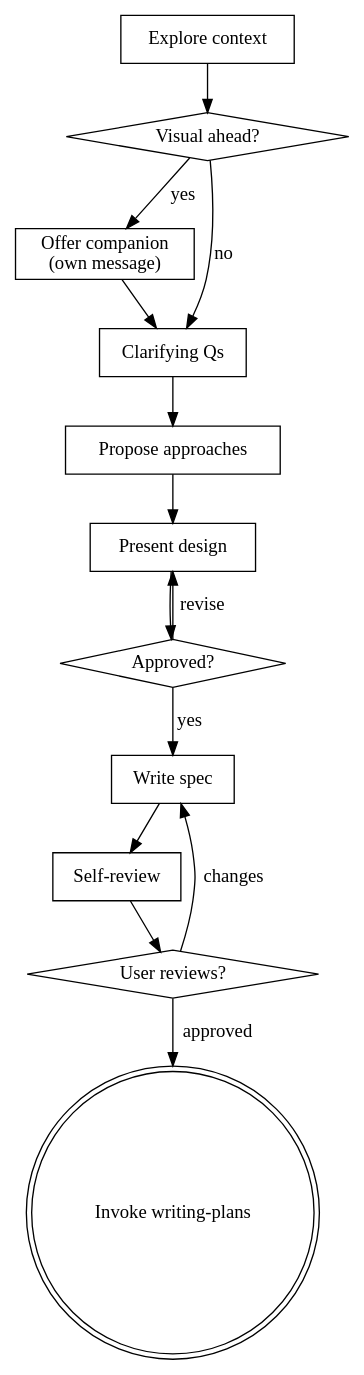
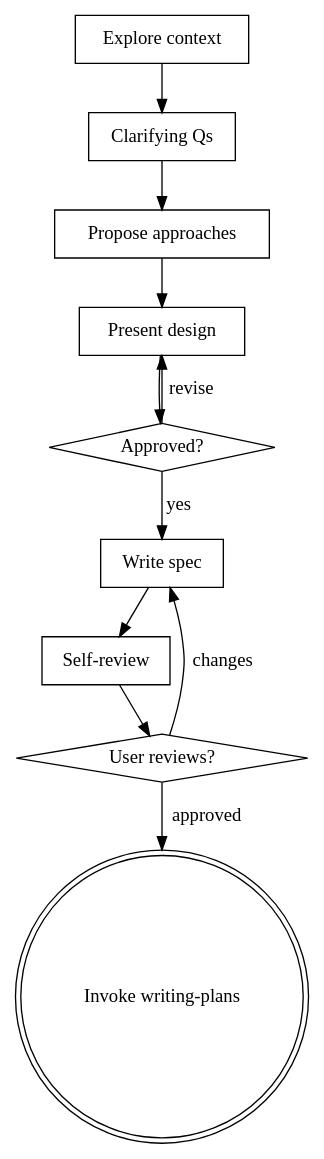
One commit to brandonfla/bearpaws changed the diagram in skills/brainstorming/SKILL.md. Above: the diagram before and after it, drawn with Graphviz. The commit also changed other lines of this file and 112 other files, not shown here.

````diff
--- a/skills/brainstorming/SKILL.md
+++ b/skills/brainstorming/SKILL.md
@@ -40,29 +39,24 @@
     ```dot
     digraph brainstorming {
       "Explore context" [shape=box];
-      "Visual ahead?" [shape=diamond];
-      "Offer companion\n(own message)" [shape=box];
       "Clarifying Qs" [shape=box];
       "Propose approaches" [shape=box];
       "Present design" [shape=box];
       "Approved?" [shape=diamond];
       "Write spec" [shape=box];
       "Self-review" [shape=box];
       "User reviews?" [shape=diamond];
       "Invoke writing-plans" [shape=doublecircle];
 
-      "Explore context" -> "Visual ahead?";
-      "Visual ahead?" -> "Offer companion\n(own message)" [label="yes"];
-      "Visual ahead?" -> "Clarifying Qs" [label="no"];
-      "Offer companion\n(own message)" -> "Clarifying Qs";
+      "Explore context" -> "Clarifying Qs";
       "Clarifying Qs" -> "Propose approaches";
       "Propose approaches" -> "Present design";
       "Present design" -> "Approved?";
       "Approved?" -> "Present design" [label="revise"];
       "Approved?" -> "Write spec" [label="yes"];
       "Write spec" -> "Self-review";
       "Self-review" -> "User reviews?";
       "User reviews?" -> "Write spec" [label="changes"];
       "User reviews?" -> "Invoke writing-plans" [label="approved"];
     }
     ```
````
